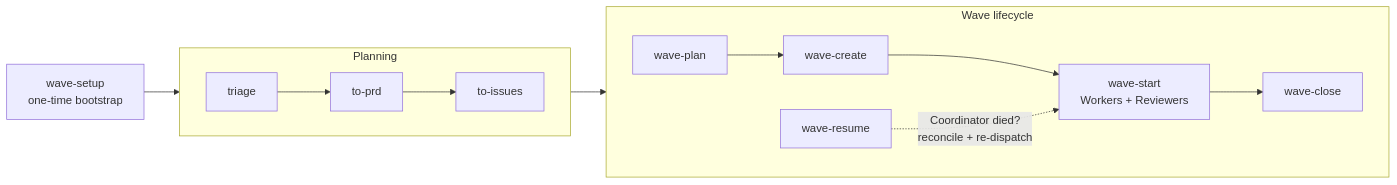
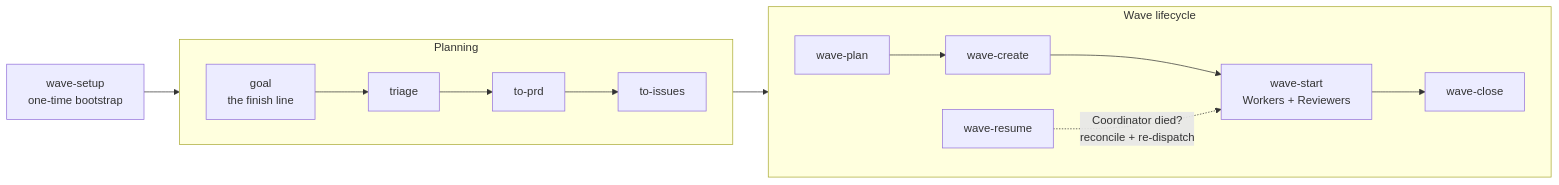
One commit to formtrieb/flotilla changed the first of 2 diagrams in README.md. Above: the diagram before and after it, drawn with Mermaid. The commit also changed other lines of this file and 8 other files, not shown here.

````diff
--- a/README.md
+++ b/README.md
@@ -17,14 +17,14 @@
 ```mermaid
 flowchart LR
     setup["wave-setup<br>one-time bootstrap"]
     subgraph planning["Planning"]
         direction LR
-        t["triage"] --> p["to-prd"] --> i["to-issues"]
+        g["goal<br>the finish line"] --> t["triage"] --> p["to-prd"] --> i["to-issues"]
     end
     subgraph lifecycle["Wave lifecycle"]
         direction LR
         wp["wave-plan"] --> wc["wave-create"] --> ws["wave-start<br>Workers + Reviewers"] --> wx["wave-close"]
         wr["wave-resume"] -. "Coordinator died?<br>reconcile + re-dispatch" .-> ws
     end
     setup --> planning --> lifecycle
 ```
````
